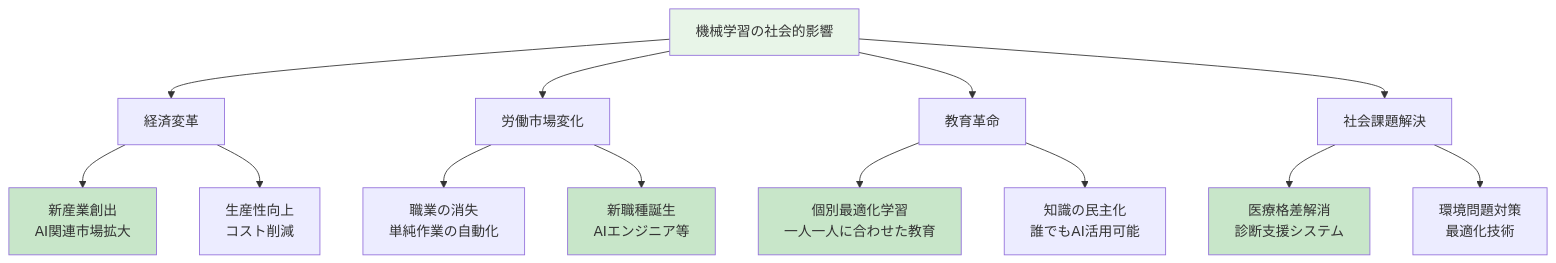
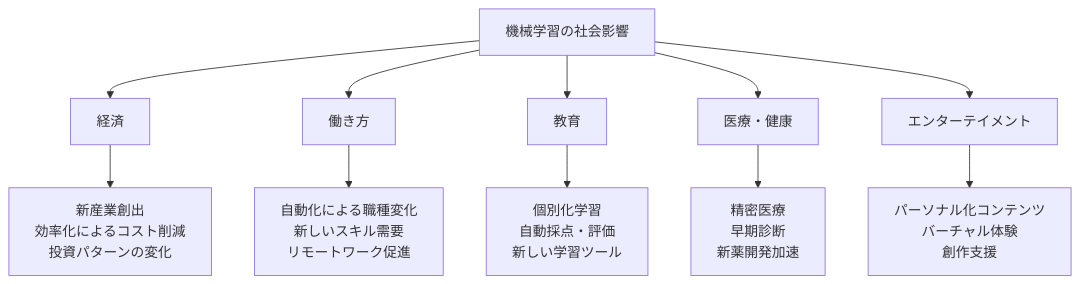
Before and after one commit to SparklingDetergent/doc_genai_mental_model: diagram 11 of 13 in AI/Machine_Learning.md, drawn with Mermaid. The commit also changed other lines of this file, not shown here.

````diff
--- a/AI/Machine_Learning.md
+++ b/AI/Machine_Learning.md
@@ -348,25 +333,17 @@
 ```mermaid
-graph TB
-    A[機械学習の社会的影響] --> B[経済変革]
-    A --> C[労働市場変化]
-    A --> D[教育革命]
-    A --> E[社会課題解決]
+graph TD
+    A[機械学習の社会影響] --> B[経済]
+    A --> C[働き方]
+    A --> D[教育]
+    A --> E[医療・健康]
+    A --> F[エンターテイメント]
     
-    B --> B1[新産業創出<br/>AI関連市場拡大]
-    B --> B2[生産性向上<br/>コスト削減]
+    B --> B1[新産業創出<br/>効率化によるコスト削減<br/>投資パターンの変化]
+    C --> C1[自動化による職種変化<br/>新しいスキル需要<br/>リモートワーク促進]
+    D --> D1[個別化学習<br/>自動採点・評価<br/>新しい学習ツール]
+    E --> E1[精密医療<br/>早期診断<br/>新薬開発加速]
+    F --> F1[パーソナル化コンテンツ<br/>バーチャル体験<br/>創作支援]
     
-    C --> C1[職業の消失<br/>単純作業の自動化]
-    C --> C2[新職種誕生<br/>AIエンジニア等]
-    
-    D --> D1[個別最適化学習<br/>一人一人に合わせた教育]
-    D --> D2[知識の民主化<br/>誰でもAI活用可能]
-    
-    E --> E1[医療格差解消<br/>診断支援システム]
-    E --> E2[環境問題対策<br/>最適化技術]
-    
-    style A fill:#e8f5e8
-    style B1 fill:#c8e6c9
-    style C2 fill:#c8e6c9
-    style D1 fill:#c8e6c9
-    style E1 fill:#c8e6c9
+    click B1 "/docs/economic-impact.md" "経済への影響詳細"
+    click C1 "/docs/work-transformation.md" "働き方の変革"
 ```
````
